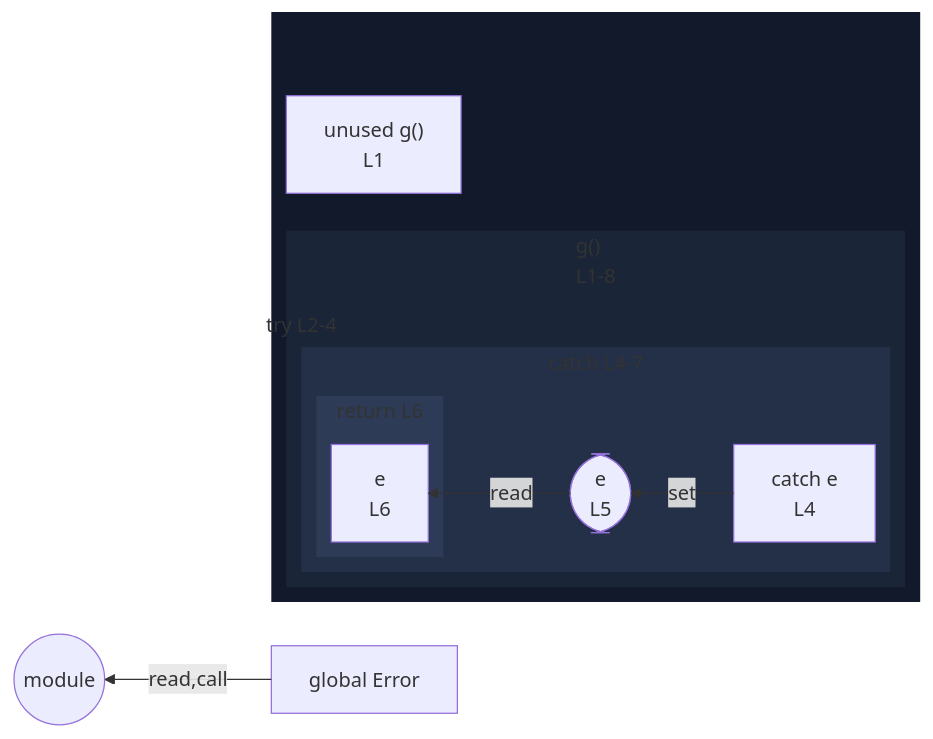
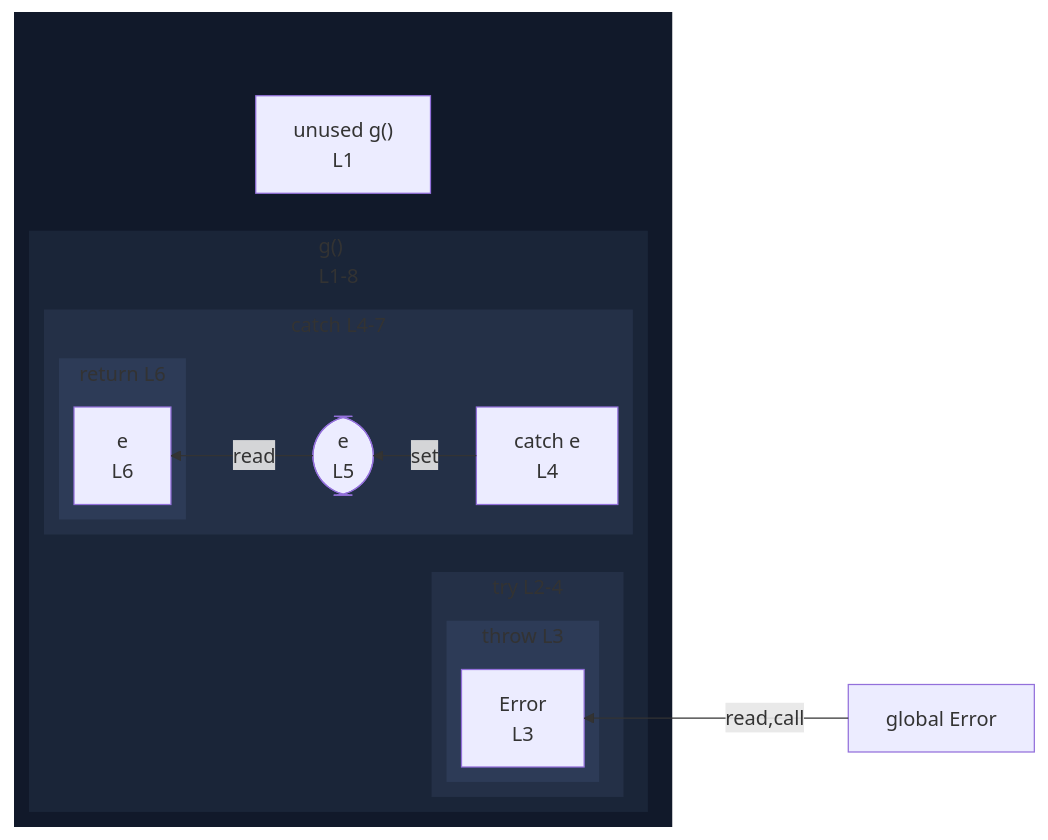
One commit to crescware/unsnarl changed the diagram in integration/fixtures/try-statement/catch-reassignment/preview.md. Above: the diagram before and after it, drawn with Mermaid. The commit also changed 201 other files, not shown here.

First line of the commit message:
Route throw-argument reads through resolveReadTargetId

````diff
--- a/integration/fixtures/try-statement/catch-reassignment/preview.md
+++ b/integration/fixtures/try-statement/catch-reassignment/preview.md
@@ -18,37 +18,41 @@
 ```mermaid
 %%{init: {"flowchart": {"defaultRenderer": "elk"}}}%%
 flowchart RL
   n_scope_0_Error_46["global Error"]
   subgraph wrap_s_scope_1[" "]
     direction TB
     n_scope_0_g_9["unused g()<br/>L1"]
     subgraph s_scope_1["g()<br/>L1-8"]
       direction RL
       subgraph s_scope_2["try L2-4"]
         direction RL
+        subgraph s_throw_scope_0_g_9_36_60["throw L3"]
+          direction RL
+          throw_use_ref_0["Error<br/>L3"]
+        end
       end
       subgraph s_scope_3["catch L4-7"]
         direction RL
         n_scope_3_e_72["catch e<br/>L4"]
         wr_ref_1(["e<br/>L5"])
         subgraph s_return_scope_0_g_9_102_111["return L6"]
           direction RL
           ret_use_ref_2["e<br/>L6"]
         end
       end
     end
   end
   n_scope_3_e_72 -->|set| wr_ref_1
-  n_scope_0_Error_46 -->|read,call| module_root
+  n_scope_0_Error_46 -->|read,call| throw_use_ref_0
   wr_ref_1 -->|read| ret_use_ref_2
-  module_root((module))
   classDef nestL1 fill:#11192a,stroke:transparent;
   class wrap_s_scope_1 nestL1;
   classDef nestL2 fill:#1a2538,stroke:transparent;
   class s_scope_1 nestL2;
   classDef nestL3 fill:#243047,stroke:transparent;
   class s_scope_2 nestL3;
   class s_scope_3 nestL3;
   classDef nestL4 fill:#2d3b57,stroke:transparent;
+  class s_throw_scope_0_g_9_36_60 nestL4;
   class s_return_scope_0_g_9_102_111 nestL4;
 ```
````
